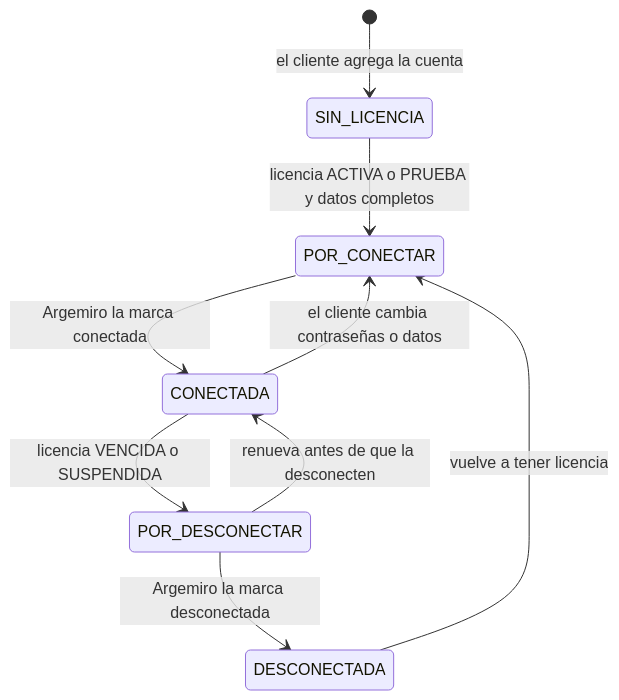
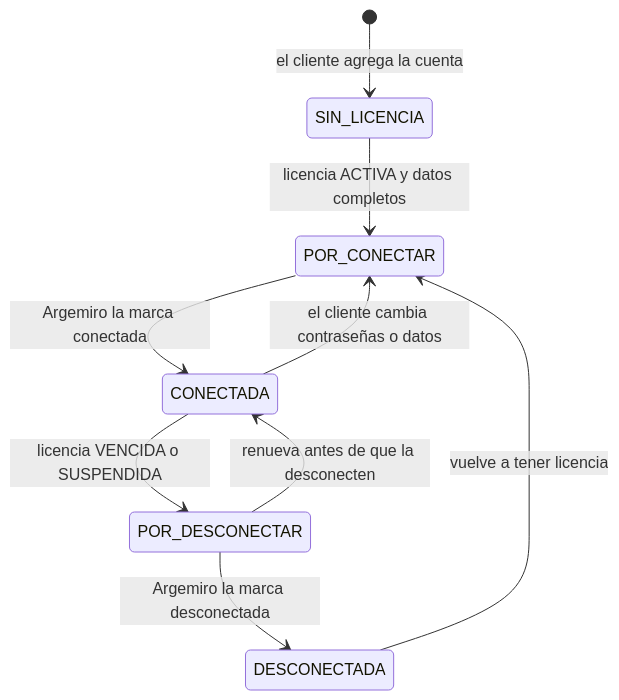
Before and after one commit to DylanSrz/DocTrader: the fourth of 6 diagrams in docs/MODELO-DATOS.md, drawn with Mermaid. The commit also changed other lines of this file and 75 other files, not shown here.

First line of the commit message:
Quitar la licencia de prueba

````diff
--- a/docs/MODELO-DATOS.md
+++ b/docs/MODELO-DATOS.md
@@ -376,11 +332,11 @@
 ```mermaid
 stateDiagram-v2
   [*] --> SIN_LICENCIA: el cliente agrega la cuenta
-  SIN_LICENCIA --> POR_CONECTAR: licencia ACTIVA o PRUEBA y datos completos
+  SIN_LICENCIA --> POR_CONECTAR: licencia ACTIVA y datos completos
   POR_CONECTAR --> CONECTADA: Argemiro la marca conectada
   CONECTADA --> POR_CONECTAR: el cliente cambia contraseñas o datos
   CONECTADA --> POR_DESCONECTAR: licencia VENCIDA o SUSPENDIDA
   POR_DESCONECTAR --> CONECTADA: renueva antes de que la desconecten
   POR_DESCONECTAR --> DESCONECTADA: Argemiro la marca desconectada
   DESCONECTADA --> POR_CONECTAR: vuelve a tener licencia
 ```
````
